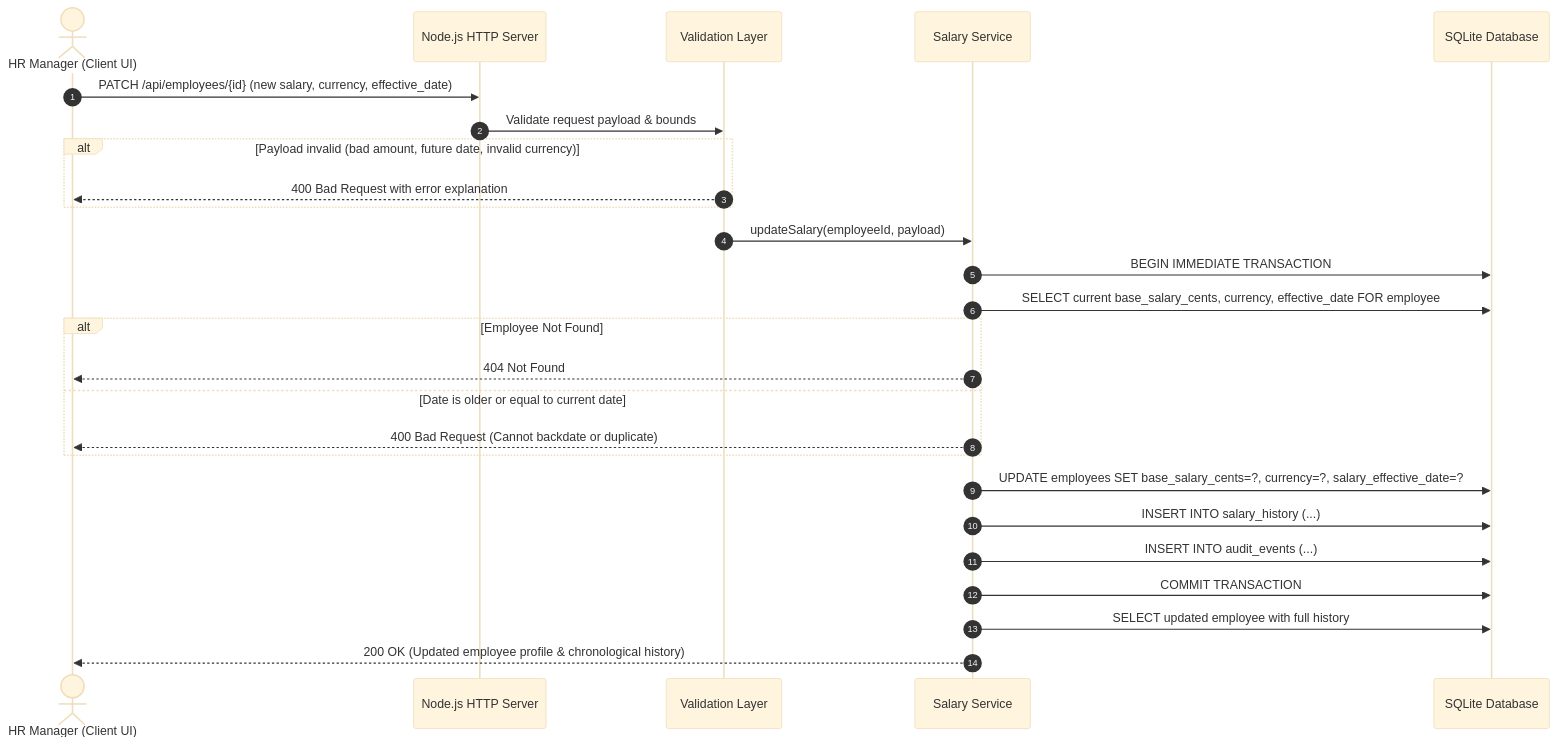
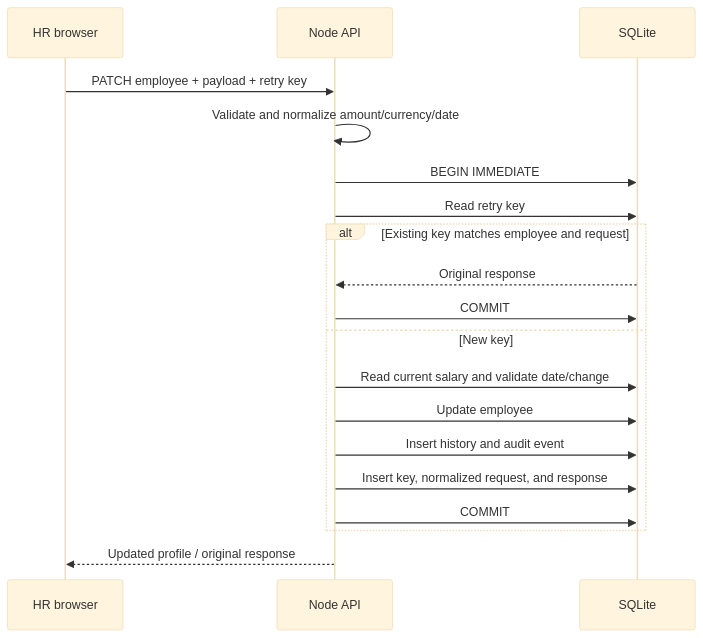
The second of 2 diagrams in artifacts/architecture.md (anurickster/incubithrms), drawn with Mermaid (base theme) before and after one commit. The commit also changed other lines of this file and 10 other files, not shown here.

````diff
--- a/artifacts/architecture.md
+++ b/artifacts/architecture.md
@@ -98,29 +22,21 @@
 ```mermaid
 sequenceDiagram
-    autonumber
-    actor HR as HR Manager (Client UI)
-    participant API as Node.js HTTP Server
-    participant Val as Validation Layer
-    participant Svc as Salary Service
-    participant DB as SQLite Database
-
-    HR->>API: PATCH /api/employees/{id} (new salary, currency, effective_date)
-    API->>Val: Validate request payload & bounds
-    alt Payload invalid (bad amount, future date, invalid currency)
-        Val-->>HR: 400 Bad Request with error explanation
-    end
-    Val->>Svc: updateSalary(employeeId, payload)
-    Svc->>DB: BEGIN IMMEDIATE TRANSACTION
-    Svc->>DB: SELECT current base_salary_cents, currency, effective_date FOR employee
-    alt Employee Not Found
-        Svc-->>HR: 404 Not Found
-    else Date is older or equal to current date
-        Svc-->>HR: 400 Bad Request (Cannot backdate or duplicate)
-    end
-    Svc->>DB: UPDATE employees SET base_salary_cents=?, currency=?, salary_effective_date=?
-    Svc->>DB: INSERT INTO salary_history (...)
-    Svc->>DB: INSERT INTO audit_events (...)
-    Svc->>DB: COMMIT TRANSACTION
-    Svc->>DB: SELECT updated employee with full history
-    Svc-->>HR: 200 OK (Updated employee profile & chronological history)
+  participant UI as HR browser
+  participant API as Node API
+  participant DB as SQLite
+  UI->>API: PATCH employee + payload + retry key
+  API->>API: Validate and normalize amount/currency/date
+  API->>DB: BEGIN IMMEDIATE
+  API->>DB: Read retry key
+  alt Existing key matches employee and request
+    DB-->>API: Original response
+    API->>DB: COMMIT
+  else New key
+    API->>DB: Read current salary and validate date/change
+    API->>DB: Update employee
+    API->>DB: Insert history and audit event
+    API->>DB: Insert key, normalized request, and response
+    API->>DB: COMMIT
+  end
+  API-->>UI: Updated profile / original response
 ```
````
